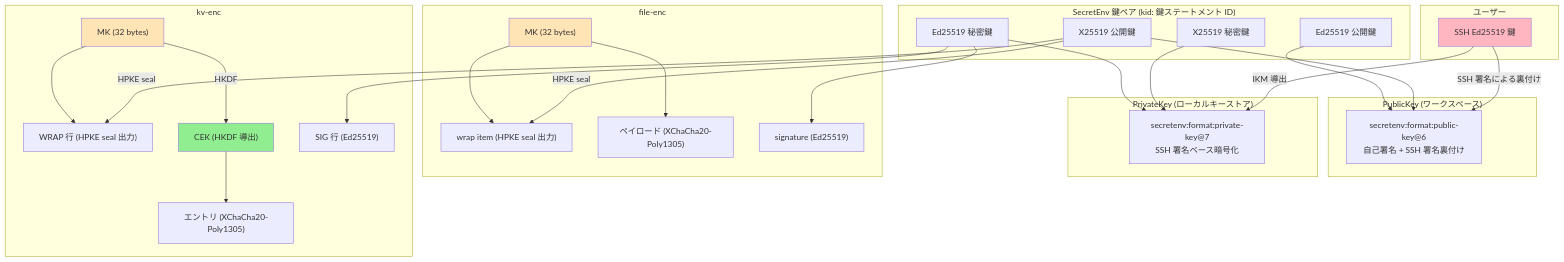
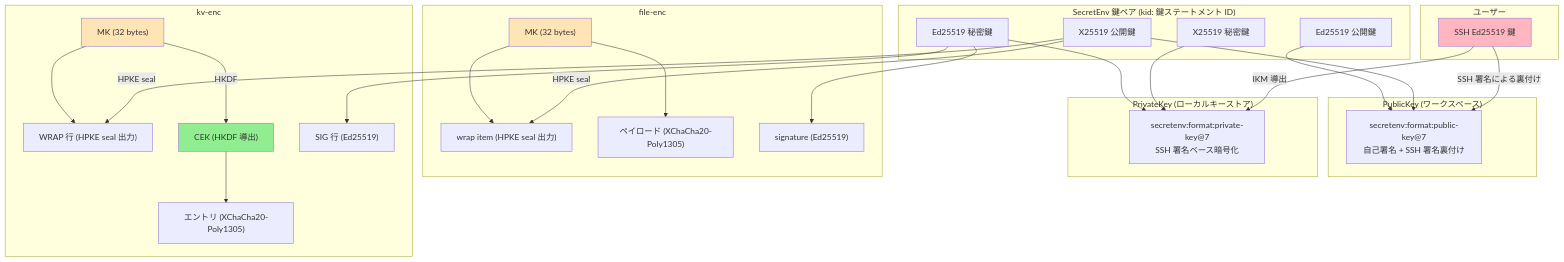
One commit to ebisawa/kapsaro changed the sixth of 6 diagrams in guides/security_design_ja.md. Above: the diagram before and after it, drawn with Mermaid. The commit also changed other lines of this file and 55 other files, not shown here.

First line of the commit message:
refactor: bump PublicKey format to v7 with flattened keys/attestation structure

````diff
--- a/guides/security_design_ja.md
+++ b/guides/security_design_ja.md
@@ -1588,59 +1590,59 @@
 ```mermaid
 graph TB
     subgraph user["ユーザー"]
         SSH["SSH Ed25519 鍵"]
     end
 
     subgraph secretenv_keys["SecretEnv 鍵ペア (kid: 鍵ステートメント ID)"]
         KEM_PK["X25519 公開鍵"]
         KEM_SK["X25519 秘密鍵"]
         SIG_PK["Ed25519 公開鍵"]
         SIG_SK["Ed25519 秘密鍵"]
     end
 
     subgraph public_key["PublicKey (ワークスペース)"]
-        PK_DOC["secretenv:format:public-key@6<br/>自己署名 + SSH 署名裏付け"]
+        PK_DOC["secretenv:format:public-key@7<br/>自己署名 + SSH 署名裏付け"]
     end
 
     subgraph private_key["PrivateKey (ローカルキーストア)"]
         PK_ENC["secretenv:format:private-key@7<br/>SSH 署名ベース暗号化"]
     end
 
     subgraph file_enc["file-enc"]
         FILE_MK["MK (32 bytes)"]
         FILE_WRAP["wrap item (HPKE seal 出力)"]
         FILE_PAYLOAD["ペイロード (XChaCha20-Poly1305)"]
         FILE_SIG["signature (Ed25519)"]
     end
 
     subgraph kv_enc["kv-enc"]
         MK["MK (32 bytes)"]
         KV_WRAP["WRAP 行 (HPKE seal 出力)"]
         CEK["CEK (HKDF 導出)"]
         ENTRY["エントリ (XChaCha20-Poly1305)"]
         KV_SIG["SIG 行 (Ed25519)"]
     end
 
     SSH -->|SSH 署名による裏付け| PK_DOC
     SSH -->|IKM 導出| PK_ENC
     KEM_PK --> PK_DOC
     SIG_PK --> PK_DOC
     KEM_SK --> PK_ENC
     SIG_SK --> PK_ENC
 
     KEM_PK -->|HPKE seal| FILE_WRAP
     KEM_PK -->|HPKE seal| KV_WRAP
     FILE_MK --> FILE_WRAP
     FILE_MK --> FILE_PAYLOAD
     SIG_SK --> FILE_SIG
 
     MK --> KV_WRAP
     MK -->|HKDF| CEK
     CEK --> ENTRY
     SIG_SK --> KV_SIG
 
     style SSH fill:#FFB6C1
     style FILE_MK fill:#FFE4B5
     style MK fill:#FFE4B5
     style CEK fill:#90EE90
 ```
````
